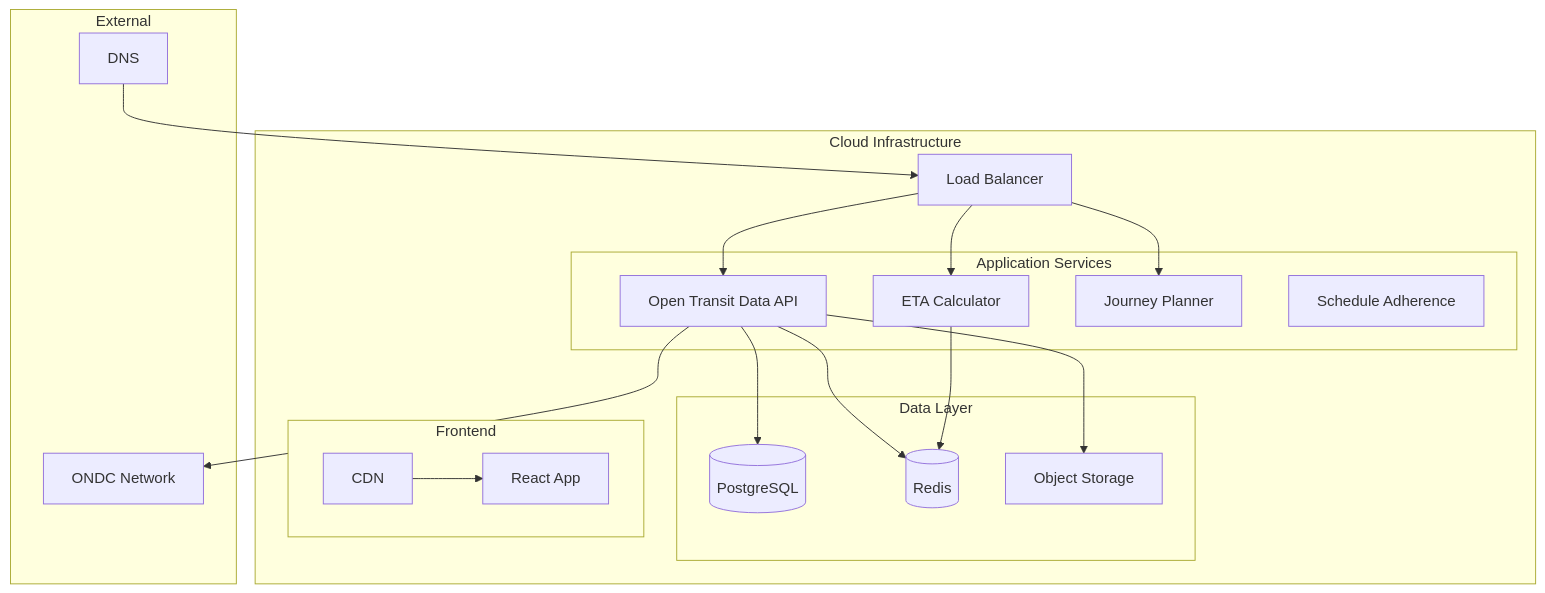
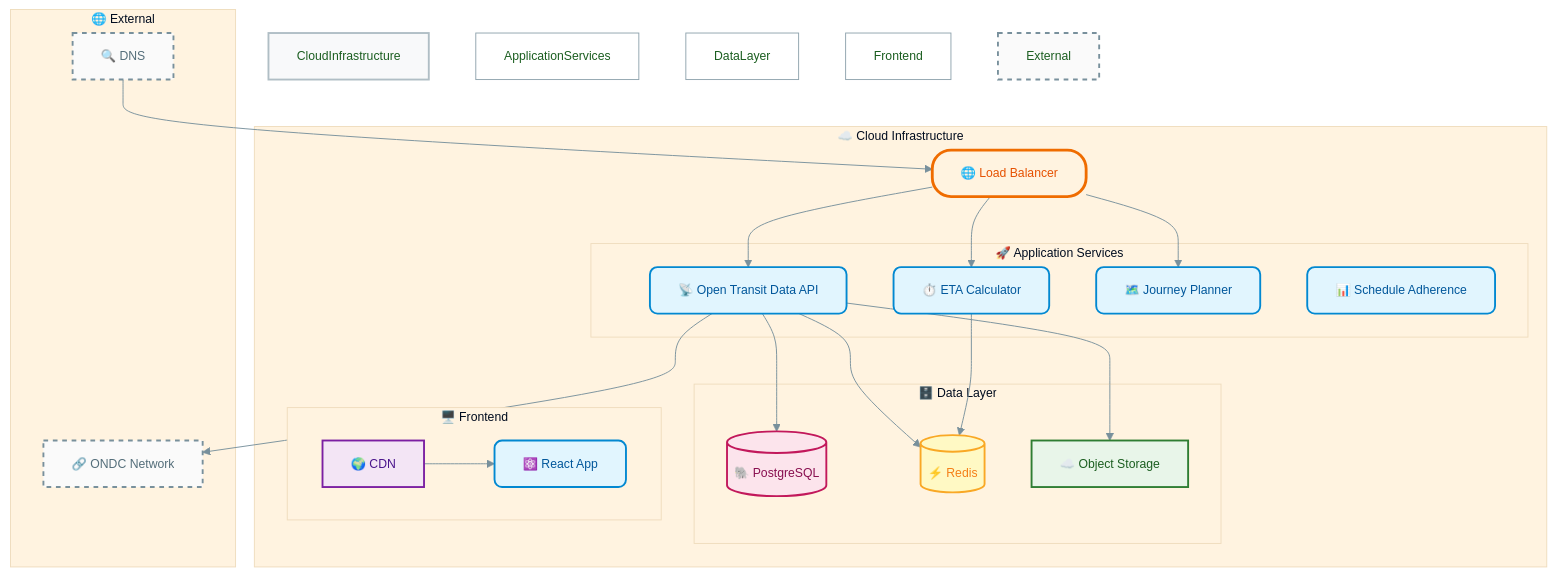
The fourth of 4 diagrams in docs/architecture/overview.md (transport-stack/wiki-transport-stack), drawn with Mermaid before and after one commit. The commit also changed other lines of this file, not shown here.

Commit message:
docs: add color themes, icons, and styled shapes to all Mermaid diagrams

````diff
--- a/docs/architecture/overview.md
+++ b/docs/architecture/overview.md
@@ -207,36 +218,54 @@
 ```mermaid
+%%{init: {'theme': 'base', 'themeVariables': { 'primaryColor': '#e8f5e9', 'primaryTextColor': '#1b5e20', 'primaryBorderColor': '#2e7d32', 'lineColor': '#78909c', 'secondaryColor': '#e1f5fe', 'tertiaryColor': '#fff3e0', 'fontFamily': 'Inter, sans-serif', 'fontSize': '13px' }}}%%
 graph TB
-    subgraph "Cloud Infrastructure"
-        LB[Load Balancer]
-        subgraph "Application Services"
-            OTD[Open Transit Data API]
-            ETA[ETA Calculator]
-            JP[Journey Planner]
-            SA[Schedule Adherence]
+    classDef lb fill:#fff3e0,stroke:#ef6c00,stroke-width:3px,color:#e65100,rx:20px,ry:20px
+    classDef app fill:#e1f5fe,stroke:#0288d1,stroke-width:2px,color:#01579b,rx:8px,ry:8px
+    classDef db fill:#fce4ec,stroke:#c2185b,stroke-width:2px,color:#880e4f,shape:cylinder
+    classDef cache fill:#fff9c4,stroke:#f9a825,stroke-width:2px,color:#f57f17,shape:cylinder
+    classDef storage fill:#e8f5e9,stroke:#2e7d32,stroke-width:2px,color:#1b5e20,shape:cloud
+    classDef cdn fill:#f3e5f5,stroke:#7b1fa2,stroke-width:2px,color:#4a148c
+    classDef external fill:#fafafa,stroke:#78909c,stroke-width:2px,color:#546e7a,stroke-dasharray: 5 5
+
+    subgraph "☁️ Cloud Infrastructure"
+        style CloudInfrastructure fill:#f8f9fa,stroke:#b0bec5,stroke-width:2px
+        LB["🌐 Load Balancer"]:::lb
+
+        subgraph "🚀 Application Services"
+            style ApplicationServices fill:#ffffff,stroke:#90a4ae,stroke-width:1px
+            OTD["📡 Open Transit Data API"]:::app
+            ETA["⏱️ ETA Calculator"]:::app
+            JP["🗺️ Journey Planner"]:::app
+            SA["📊 Schedule Adherence"]:::app
         end
-        subgraph "Data Layer"
-            DB[(PostgreSQL)]
-            CACHE[(Redis)]
-            S3[Object Storage]
+
+        subgraph "🗄️ Data Layer"
+            style DataLayer fill:#ffffff,stroke:#90a4ae,stroke-width:1px
+            DB[(🐘 PostgreSQL)]:::db
+            CACHE[(⚡ Redis)]:::cache
+            S3[☁️ Object Storage]:::storage
         end
-        subgraph "Frontend"
-            CDN[CDN]
-            UI[React App]
+
+        subgraph "🖥️ Frontend"
+            style Frontend fill:#ffffff,stroke:#90a4ae,stroke-width:1px
+            CDN["🌍 CDN"]:::cdn
+            UI["⚛️ React App"]:::app
         end
     end
-    subgraph External
-        DNS[DNS]
-        ONDC[ONDC Network]
+
+    subgraph "🌐 External"
+        style External fill:#fafafa,stroke:#78909c,stroke-width:2px,stroke-dasharray: 5 5
+        DNS["🔍 DNS"]:::external
+        ONDC["🔗 ONDC Network"]:::external
     end
 
     DNS --> LB
     LB --> OTD
     LB --> ETA
     LB --> JP
     OTD --> DB
     OTD --> CACHE
     OTD --> S3
     ETA --> CACHE
     CDN --> UI
     OTD --> ONDC
 ```
````
